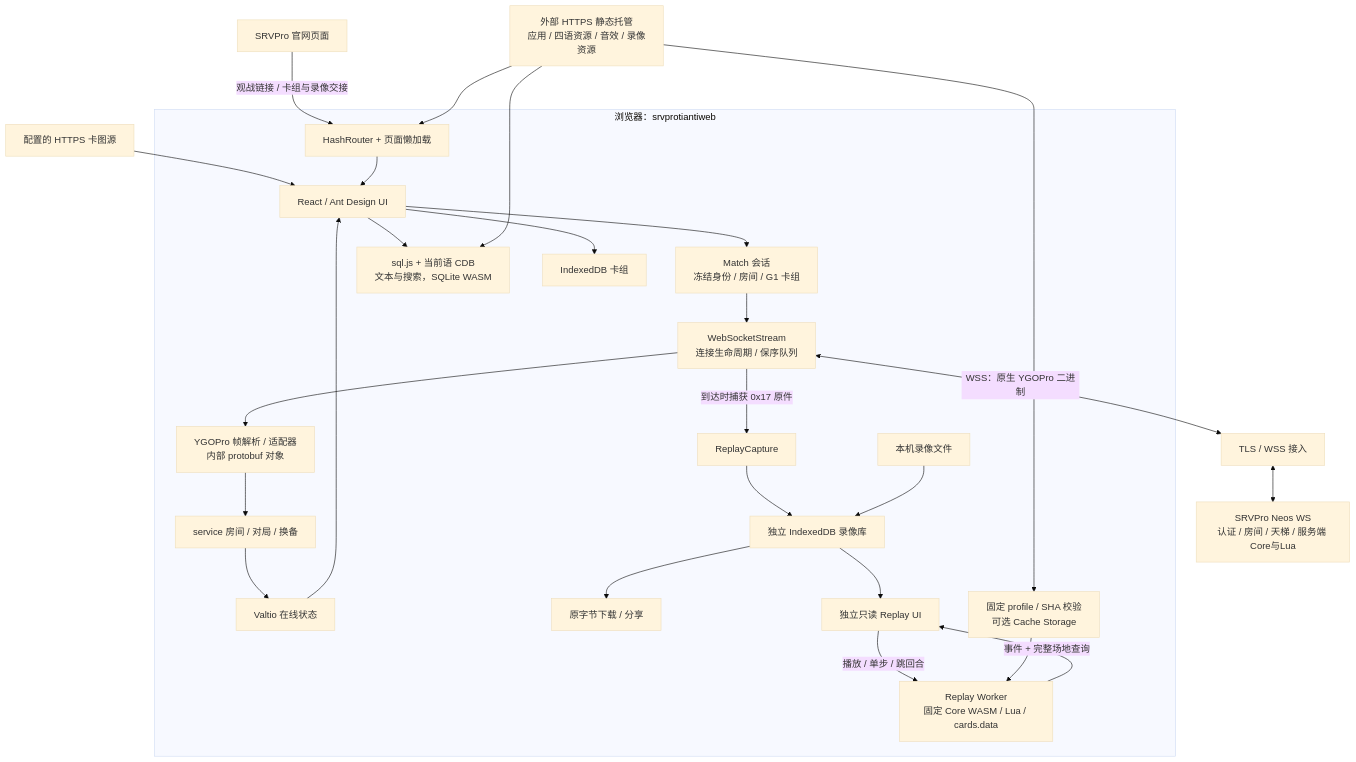
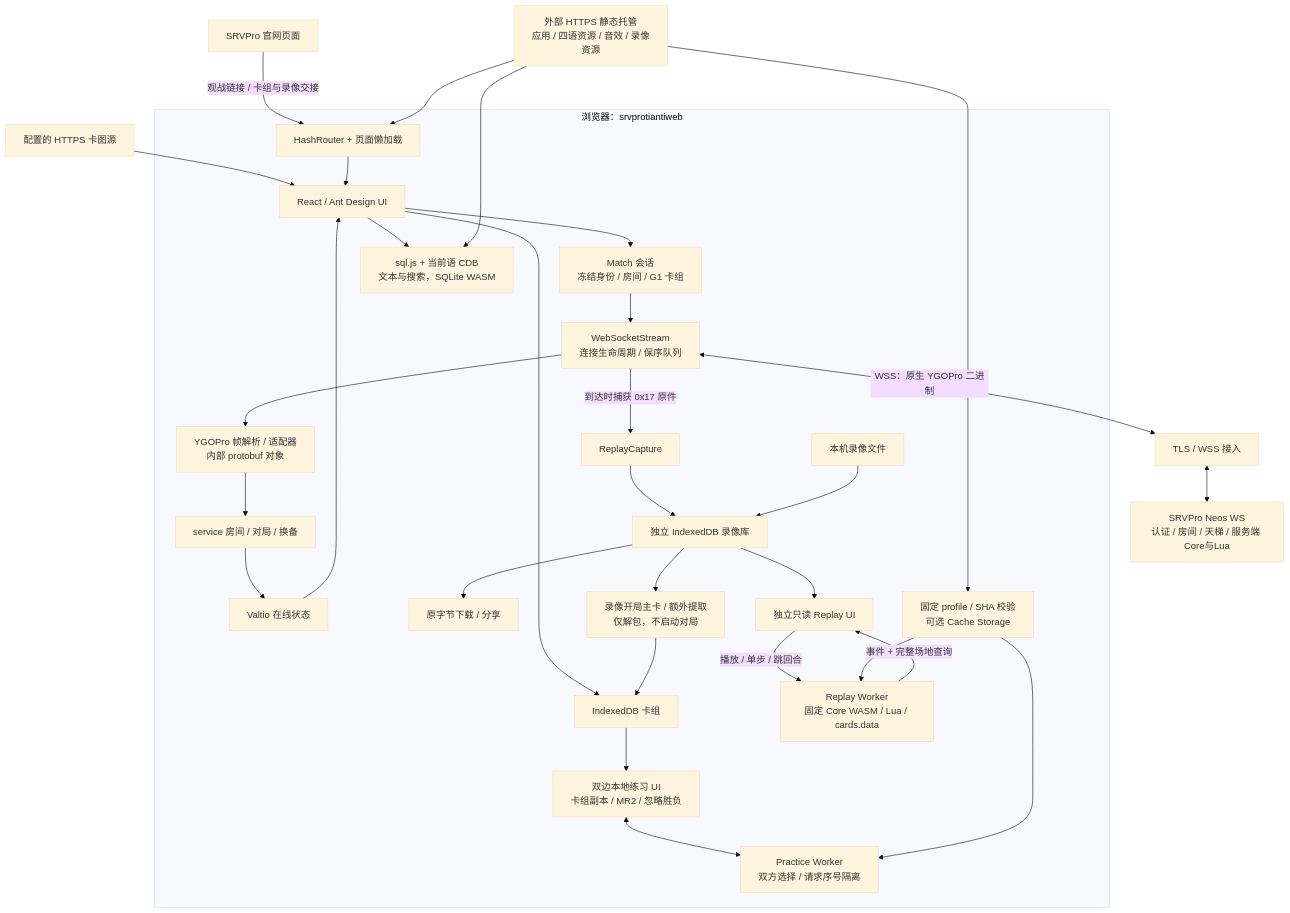
The first of 4 diagrams in docs/ARCHITECTURE.md (301zrg/srvprotiantiweb), drawn with Mermaid (base theme) before and after one commit. The commit also changed other lines of this file and 117 other files, not shown here.

````diff
--- a/docs/ARCHITECTURE.md
+++ b/docs/ARCHITECTURE.md
@@ -9,29 +9,34 @@
 ```mermaid
 flowchart TB
   Website["SRVPro 官网页面"] -->|"观战链接 / 卡组与录像交接"| Router
   Static["外部 HTTPS 静态托管<br/>应用 / 四语资源 / 音效 / 录像资源"] --> Router
   Images["配置的 HTTPS 卡图源"] --> UI
   subgraph Browser["浏览器：srvprotiantiweb"]
     Router["HashRouter + 页面懒加载"] --> UI["React / Ant Design UI"]
     UI --> Join["Match 会话<br/>冻结身份 / 房间 / G1 卡组"]
     Join --> Transport["WebSocketStream<br/>连接生命周期 / 保序队列"]
     Transport --> Adapter["YGOPro 帧解析 / 适配器<br/>内部 protobuf 对象"]
     Adapter --> Services["service 房间 / 对局 / 换备"]
     Services --> Stores["Valtio 在线状态"]
     Stores --> UI
     UI --> Sqlite["sql.js + 当前语 CDB<br/>文本与搜索，SQLite WASM"]
     UI --> Decks["IndexedDB 卡组"]
     Transport -->|"到达时捕获 0x17 原件"| Capture["ReplayCapture"]
     Capture --> Library["独立 IndexedDB 录像库"]
     Files["本机录像文件"] --> Library
     Library --> Export["原字节下载 / 分享"]
     Library --> Player["独立只读 Replay UI"]
     Player -->|"播放 / 单步 / 跳回合"| Worker["Replay Worker<br/>固定 Core WASM / Lua / cards.data"]
     Worker -->|"事件 + 完整场地查询"| Player
     Profile["固定 profile / SHA 校验<br/>可选 Cache Storage"] --> Worker
+    Library --> Extract["录像开局主卡 / 额外提取<br/>仅解包，不启动对局"]
+    Extract --> Decks
+    Decks --> Practice["双边本地练习 UI<br/>卡组副本 / MR2 / 忽略胜负"]
+    Practice <--> PracticeWorker["Practice Worker<br/>双方选择 / 请求序号隔离"]
+    Profile --> PracticeWorker
   end
   Transport <-->|"WSS：原生 YGOPro 二进制"| Gateway["TLS / WSS 接入"]
   Gateway <--> Server["SRVPro Neos WS<br/>认证 / 房间 / 天梯 / 服务端 Core与Lua"]
   Static --> Sqlite
   Static --> Profile
 ```
````
